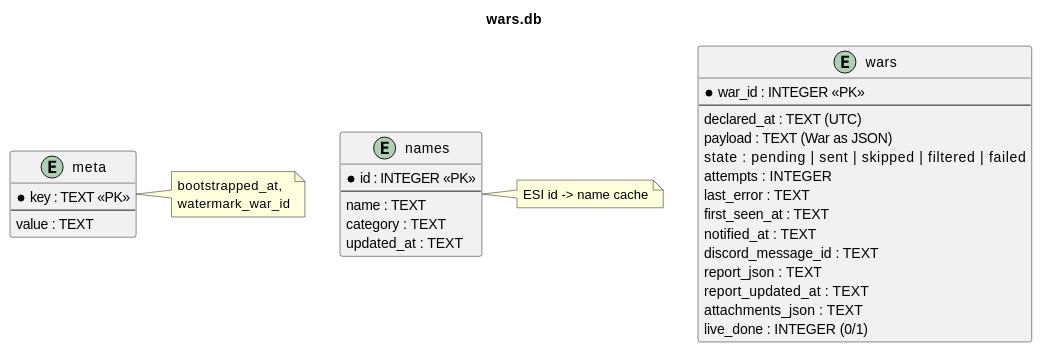
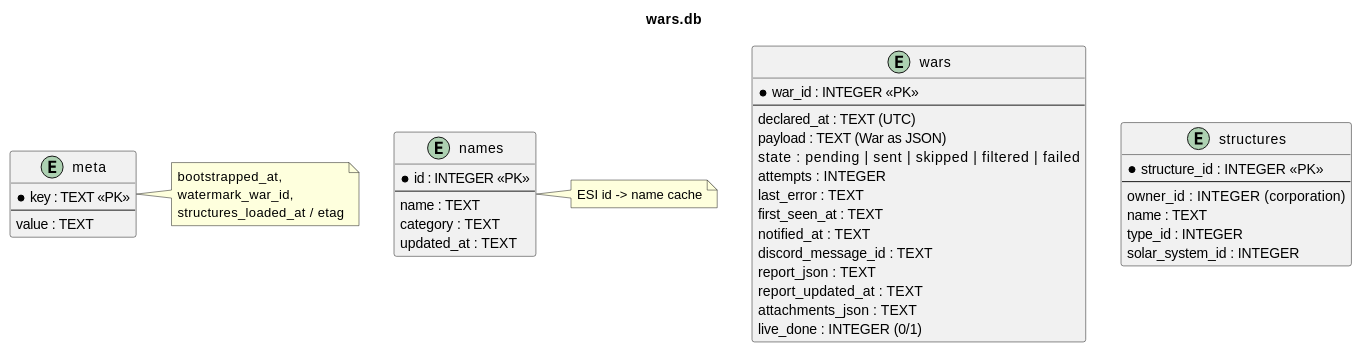
Before and after one commit to Headruner/eve-war-bot: the third of 3 diagrams in docs/wiki/02-FRD.md, drawn with PlantUML. The commit also changed other lines of this file and 52 other files, not shown here.

````diff
--- a/docs/wiki/02-FRD.md
+++ b/docs/wiki/02-FRD.md
@@ -226,35 +234,43 @@
 ```plantuml
 @startuml
 title wars.db
 entity wars {
   * war_id : INTEGER <<PK>>
   --
   declared_at : TEXT (UTC)
   payload : TEXT (War as JSON)
   state : pending | sent | skipped | filtered | failed
   attempts : INTEGER
   last_error : TEXT
   first_seen_at : TEXT
   notified_at : TEXT
   discord_message_id : TEXT
   report_json : TEXT
   report_updated_at : TEXT
   attachments_json : TEXT
   live_done : INTEGER (0/1)
 }
 entity meta {
   * key : TEXT <<PK>>
   --
   value : TEXT
 }
 entity names {
   * id : INTEGER <<PK>>
   --
   name : TEXT
   category : TEXT
   updated_at : TEXT
 }
-note right of meta : bootstrapped_at,\nwatermark_war_id
+entity structures {
+  * structure_id : INTEGER <<PK>>
+  --
+  owner_id : INTEGER (corporation)
+  name : TEXT
+  type_id : INTEGER
+  solar_system_id : INTEGER
+}
+note right of meta : bootstrapped_at,\nwatermark_war_id,\nstructures_loaded_at / etag
 note right of names : ESI id -> name cache
 @enduml
 ```
````
